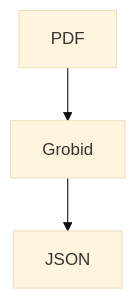
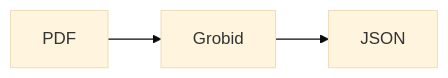
Before and after one commit to WestLakeFairyland/s2orc-doc2json: the diagram in README.md, drawn with Mermaid (base theme). The commit also changed other lines of this file and 1 other file, not shown here.

````diff
--- a/README.md
+++ b/README.md
@@ -8,4 +8,4 @@
 ```mermaid
-flowchart TB;
+flowchart LR;
     A[PDF] --> B[Grobid] --> C[JSON]
 ```
````
